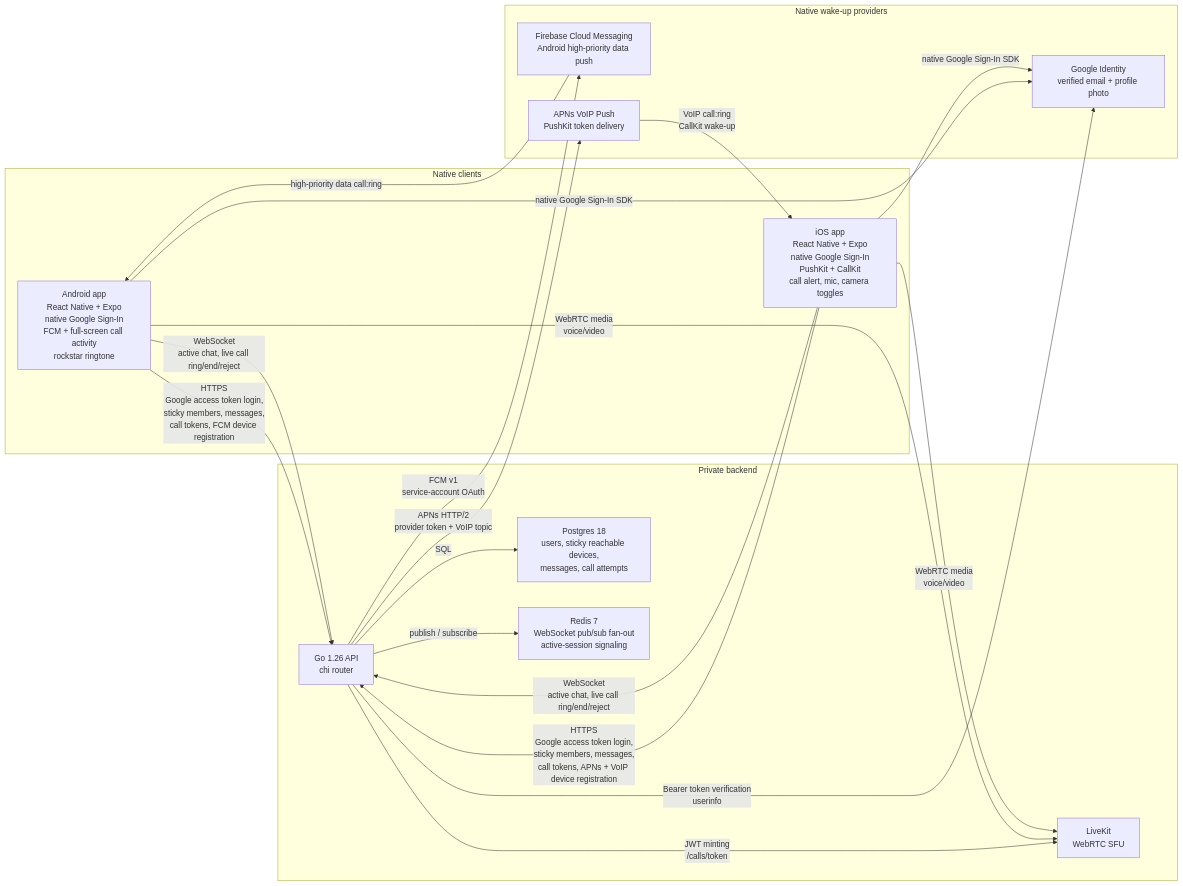
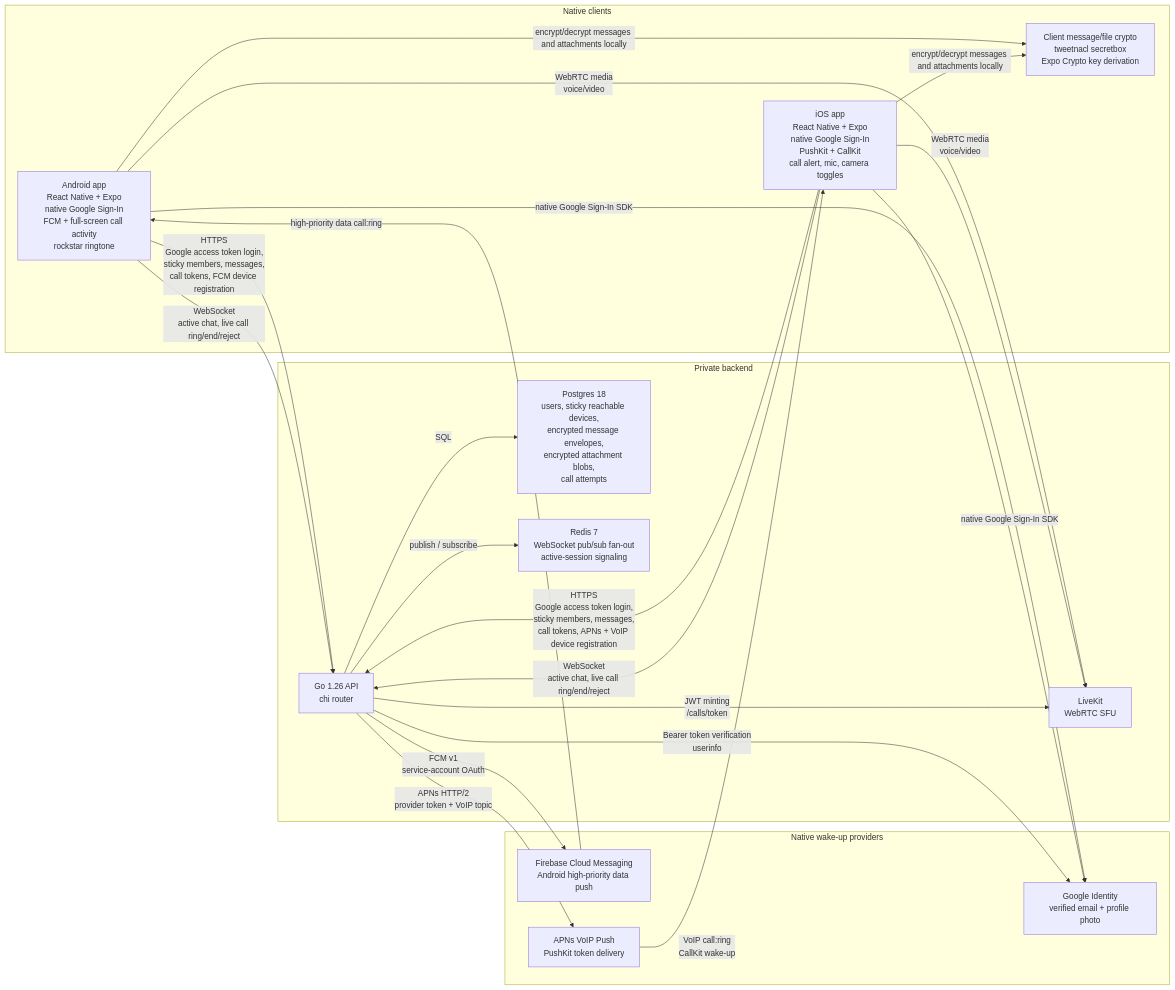
The first of 3 diagrams in README.md (calvarado2004/phone-levelg), drawn with Mermaid before and after one commit. The commit also changed other lines of this file and 10 other files, not shown here.

````diff
--- a/README.md
+++ b/README.md
@@ -56,37 +56,40 @@
 ```mermaid
 flowchart LR
   subgraph Clients["Native clients"]
     Android["Android app\nReact Native + Expo\nnative Google Sign-In\nFCM + full-screen call activity\nrockstar ringtone"]
     IOS["iOS app\nReact Native + Expo\nnative Google Sign-In\nPushKit + CallKit\ncall alert, mic, camera toggles"]
+    Crypto["Client message/file crypto\ntweetnacl secretbox\nExpo Crypto key derivation"]
   end
 
   subgraph Backend["Private backend"]
     API["Go 1.26 API\nchi router"]
-    PG["Postgres 18\nusers, sticky reachable devices,\nmessages, call attempts"]
+    PG["Postgres 18\nusers, sticky reachable devices,\nencrypted message envelopes,\nencrypted attachment blobs,\ncall attempts"]
     Redis["Redis 7\nWebSocket pub/sub fan-out\nactive-session signaling"]
     LK["LiveKit\nWebRTC SFU"]
   end
 
   subgraph Push["Native wake-up providers"]
     Google["Google Identity\nverified email + profile photo"]
     FCM["Firebase Cloud Messaging\nAndroid high-priority data push"]
     APNS["APNs VoIP Push\nPushKit token delivery"]
   end
 
   Android -->|"native Google Sign-In SDK"| Google
   IOS -->|"native Google Sign-In SDK"| Google
+  Android -->|"encrypt/decrypt messages and attachments locally"| Crypto
+  IOS -->|"encrypt/decrypt messages and attachments locally"| Crypto
   Android -->|"HTTPS\nGoogle access token login,\nsticky members, messages,\ncall tokens, FCM device registration"| API
   IOS -->|"HTTPS\nGoogle access token login,\nsticky members, messages,\ncall tokens, APNs + VoIP device registration"| API
   Android -->|"WebSocket\nactive chat, live call ring/end/reject"| API
   IOS -->|"WebSocket\nactive chat, live call ring/end/reject"| API
   API -->|"Bearer token verification\nuserinfo"| Google
   API -->|"SQL"| PG
   API -->|"publish / subscribe"| Redis
   API -->|"JWT minting\n/calls/token"| LK
   API -->|"FCM v1\nservice-account OAuth"| FCM
   API -->|"APNs HTTP/2\nprovider token + VoIP topic"| APNS
   FCM -->|"high-priority data call:ring"| Android
   APNS -->|"VoIP call:ring\nCallKit wake-up"| IOS
   Android -->|"WebRTC media\nvoice/video"| LK
   IOS -->|"WebRTC media\nvoice/video"| LK
 ```
````
